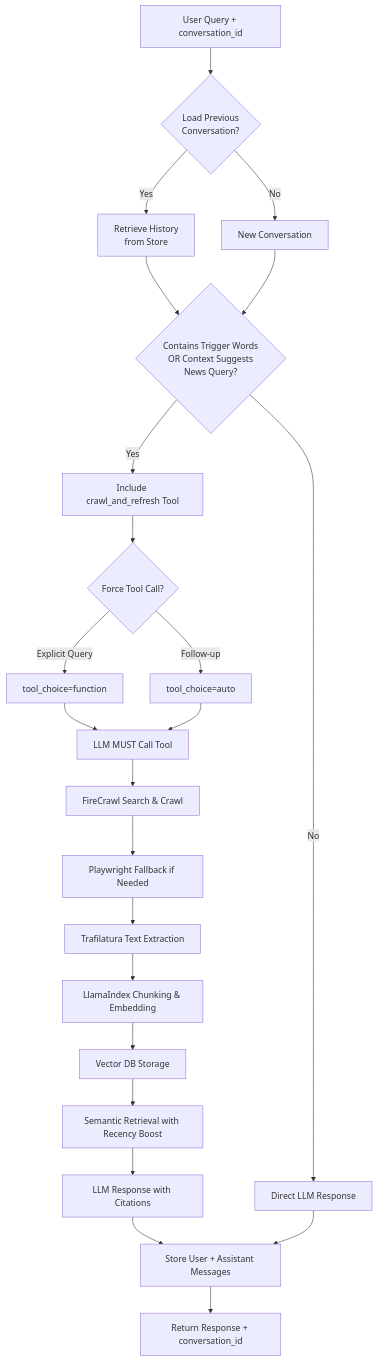
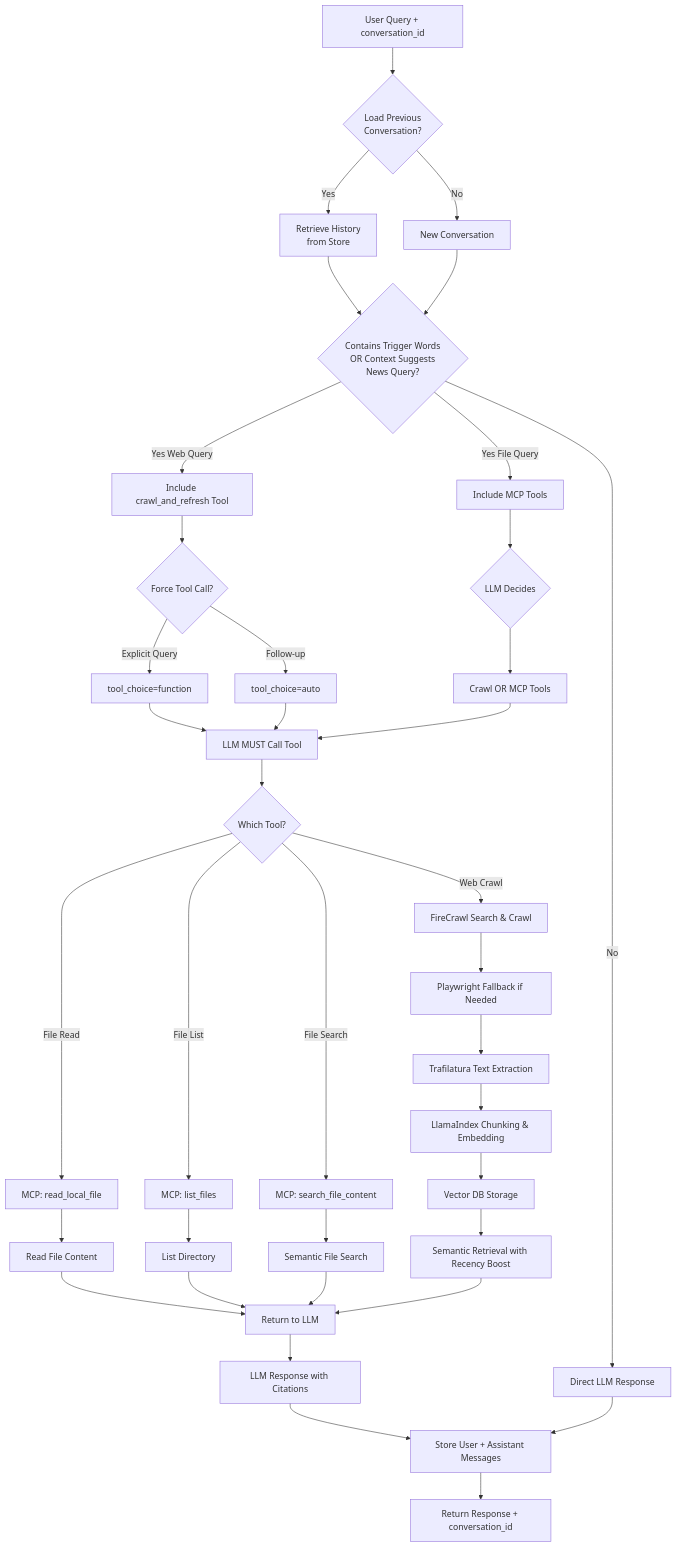
One commit to shushenglihotmail/LLMCrawl changed the second of 2 diagrams in README.md. Above: the diagram before and after it, drawn with Mermaid. The commit also changed other lines of this file and 21 other files, not shown here.

````diff
--- a/README.md
+++ b/README.md
@@ -16,25 +44,40 @@
 ```mermaid
 graph TB
     A[User Query + conversation_id] --> B{Load Previous<br/>Conversation?}
     B -->|Yes| C[Retrieve History<br/>from Store]
     B -->|No| D[New Conversation]
     C --> E{Contains Trigger Words<br/>OR Context Suggests<br/>News Query?}
     D --> E
-    E -->|Yes| F[Include crawl_and_refresh Tool]
+    E -->|Yes Web Query| F[Include crawl_and_refresh Tool]
+    E -->|Yes File Query| F2[Include MCP Tools]
     E -->|No| G[Direct LLM Response]
     F --> H{Force Tool Call?}
+    F2 --> H2{LLM Decides}
     H -->|Explicit Query| I[tool_choice=function]
     H -->|Follow-up| J[tool_choice=auto]
+    H2 --> J2[Crawl OR MCP Tools]
     I --> K[LLM MUST Call Tool]
     J --> K
-    K --> L[FireCrawl Search & Crawl]
-    L --> M[Playwright Fallback if Needed]
-    M --> N[Trafilatura Text Extraction]
-    N --> O[LlamaIndex Chunking & Embedding]
-    O --> P[Vector DB Storage]
-    P --> Q[Semantic Retrieval with Recency Boost]
-    Q --> R[LLM Response with Citations]
-    R --> S[Store User + Assistant Messages]
-    S --> T[Return Response + conversation_id]
-    G --> S
+    J2 --> K
+    K --> L{Which Tool?}
+    L -->|Web Crawl| M[FireCrawl Search & Crawl]
+    L -->|File Read| N[MCP: read_local_file]
+    L -->|File List| O[MCP: list_files]
+    L -->|File Search| P[MCP: search_file_content]
+    M --> Q[Playwright Fallback if Needed]
+    Q --> R[Trafilatura Text Extraction]
+    R --> S[LlamaIndex Chunking & Embedding]
+    S --> T[Vector DB Storage]
+    T --> U[Semantic Retrieval with Recency Boost]
+    N --> V[Read File Content]
+    O --> W[List Directory]
+    P --> X[Semantic File Search]
+    V --> Y[Return to LLM]
+    W --> Y
+    X --> Y
+    U --> Y
+    Y --> Z[LLM Response with Citations]
+    Z --> AA[Store User + Assistant Messages]
+    AA --> AB[Return Response + conversation_id]
+    G --> AA
 ```
````
